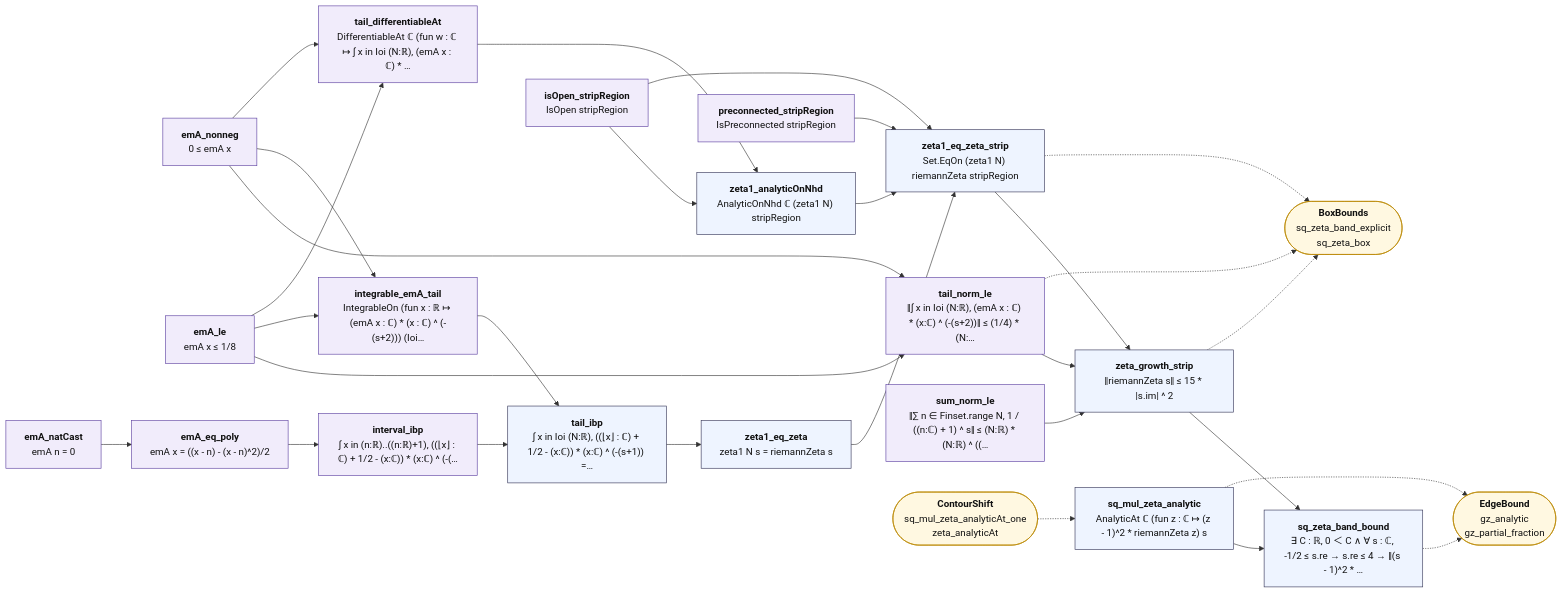
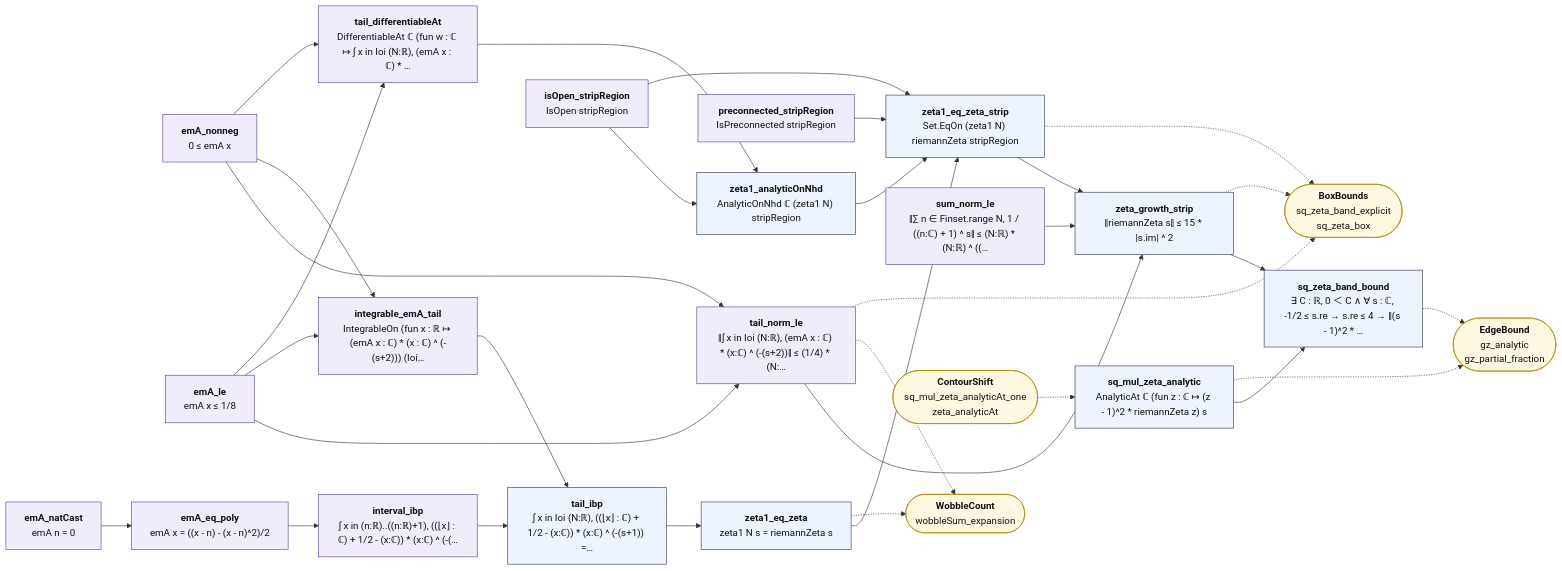
One commit to juliansambranojr/Primebeat_081426 changed the diagram in map/lean_stage3/ZetaGrowth.mmd. Above: the diagram before and after it, drawn with Mermaid. The commit also changed 25 other files, not shown here.

First line of the commit message:
W1: a wobble is invisible to the integer count exactly at a zero (unit 0434)

```diff
--- a/map/lean_stage3/ZetaGrowth.mmd
+++ b/map/lean_stage3/ZetaGrowth.mmd
@@ -1,58 +1,61 @@
 flowchart LR
   n0["<b>emA_nonneg</b><br/>0 ≤ emA x"]:::shp
   n1["<b>emA_le</b><br/>emA x ≤ 1/8"]:::shp
   n2["<b>emA_natCast</b><br/>emA n = 0"]:::shp
   n3["<b>emA_eq_poly</b><br/>emA x = ((x - n) - (x - n)^2)/2"]:::shp
   n4["<b>integrable_emA_tail</b><br/>IntegrableOn (fun x : ℝ ↦ (emA x : ℂ) * (x : ℂ) ^ (-(s+2))) (Ioi…"]:::shp
   n5["<b>interval_ibp</b><br/>∫ x in (n:ℝ)..((n:ℝ)+1), ((⌊x⌋ : ℂ) + 1/2 - (x:ℂ)) * (x:ℂ) ^ (-(…"]:::shp
   n6["<b>tail_ibp</b><br/>∫ x in Ioi (N:ℝ), ((⌊x⌋ : ℂ) + 1/2 - (x:ℂ)) * (x:ℂ) ^ (-(s+1)) =…"]:::thm
   n7["<b>zeta1_eq_zeta</b><br/>zeta1 N s = riemannZeta s"]:::thm
   n8["<b>tail_differentiableAt</b><br/>DifferentiableAt ℂ (fun w : ℂ ↦ ∫ x in Ioi (N:ℝ), (emA x : ℂ) * …"]:::shp
   n9["<b>isOpen_stripRegion</b><br/>IsOpen stripRegion"]:::shp
   n10["<b>preconnected_stripRegion</b><br/>IsPreconnected stripRegion"]:::shp
   n11["<b>zeta1_analyticOnNhd</b><br/>AnalyticOnNhd ℂ (zeta1 N) stripRegion"]:::thm
   n12["<b>zeta1_eq_zeta_strip</b><br/>Set.EqOn (zeta1 N) riemannZeta stripRegion"]:::thm
   n13["<b>tail_norm_le</b><br/>‖∫ x in Ioi (N:ℝ), (emA x : ℂ) * (x:ℂ) ^ (-(s+2))‖ ≤ (1/4) * (N:…"]:::shp
   n14["<b>sum_norm_le</b><br/>‖∑ n ∈ Finset.range N, 1 / ((n:ℂ) + 1) ^ s‖ ≤ (N:ℝ) * (N:ℝ) ^ ((…"]:::shp
   n15["<b>zeta_growth_strip</b><br/>‖riemannZeta s‖ ≤ 15 * |s.im| ^ 2"]:::thm
   n16["<b>sq_mul_zeta_analytic</b><br/>AnalyticAt ℂ (fun z : ℂ ↦ (z - 1)^2 * riemannZeta z) s"]:::thm
   n17["<b>sq_zeta_band_bound</b><br/>∃ C : ℝ, 0 ＜ C ∧ ∀ s : ℂ, -1/2 ≤ s.re → s.re ≤ 4 → ‖(s - 1)^2 * …"]:::thm
-  x0(["<b>BoxBounds</b><br/>sq_zeta_band_explicit<br/>sq_zeta_box"]):::ext
-  x1(["<b>ContourShift</b><br/>sq_mul_zeta_analyticAt_one<br/>zeta_analyticAt"]):::ext
-  x2(["<b>EdgeBound</b><br/>gz_analytic<br/>gz_partial_fraction"]):::ext
+  x0(["<b>WobbleCount</b><br/>wobbleSum_expansion"]):::ext
+  x1(["<b>BoxBounds</b><br/>sq_zeta_band_explicit<br/>sq_zeta_box"]):::ext
+  x2(["<b>ContourShift</b><br/>sq_mul_zeta_analyticAt_one<br/>zeta_analyticAt"]):::ext
+  x3(["<b>EdgeBound</b><br/>gz_analytic<br/>gz_partial_fraction"]):::ext
   n0 --> n13
   n0 --> n4
   n0 --> n8
   n1 --> n13
   n1 --> n4
   n1 --> n8
   n10 --> n12
   n11 --> n12
   n12 --> n15
   n13 --> n15
   n14 --> n15
   n15 --> n17
   n16 --> n17
   n2 --> n3
   n3 --> n5
   n4 --> n6
   n5 --> n6
   n6 --> n7
   n7 --> n12
   n8 --> n11
   n9 --> n11
   n9 --> n12
-  n12 -.-> x0
+  n12 -.-> x1
   n13 -.-> x0
-  n15 -.-> x0
-  n16 -.-> x2
-  n17 -.-> x2
-  x1 -.-> n16
+  n13 -.-> x1
+  n15 -.-> x1
+  n16 -.-> x3
+  n17 -.-> x3
+  n7 -.-> x0
+  x2 -.-> n16
   classDef cnt fill:#dff5ec,stroke:#17694a,color:#111
   classDef shp fill:#f1ecfb,stroke:#5b3fa0,color:#111
   classDef rh fill:#ffe5e5,stroke:#c22,color:#111,stroke-width:2px
   classDef thm fill:#eef4ff,stroke:#335,color:#111
   classDef end_ fill:#e7f7e7,stroke:#2a7,color:#111,stroke-width:2px
   classDef lone fill:#fff,stroke:#999,color:#111,stroke-dasharray:4 3
   classDef bad fill:#ffe5e5,stroke:#c22,color:#111,stroke-width:2px
   classDef ext fill:#fff8e1,stroke:#b80,color:#111
```
